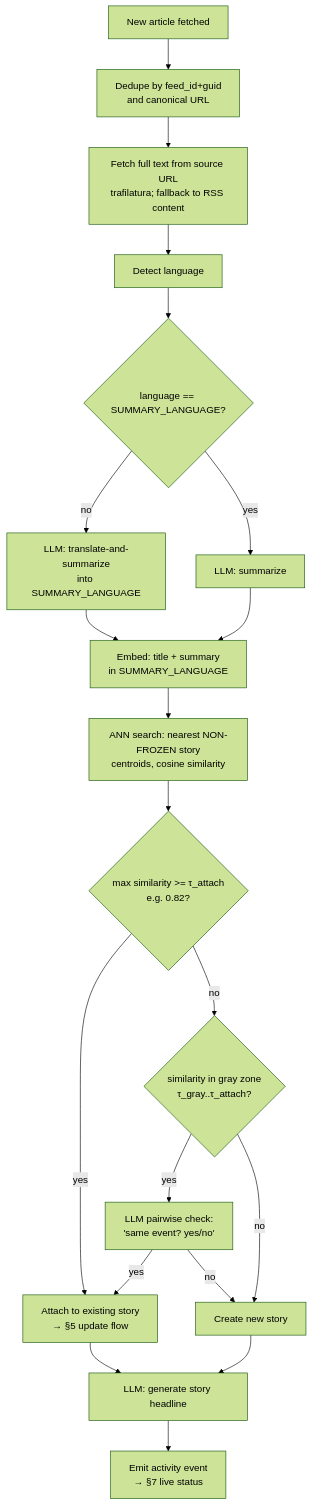
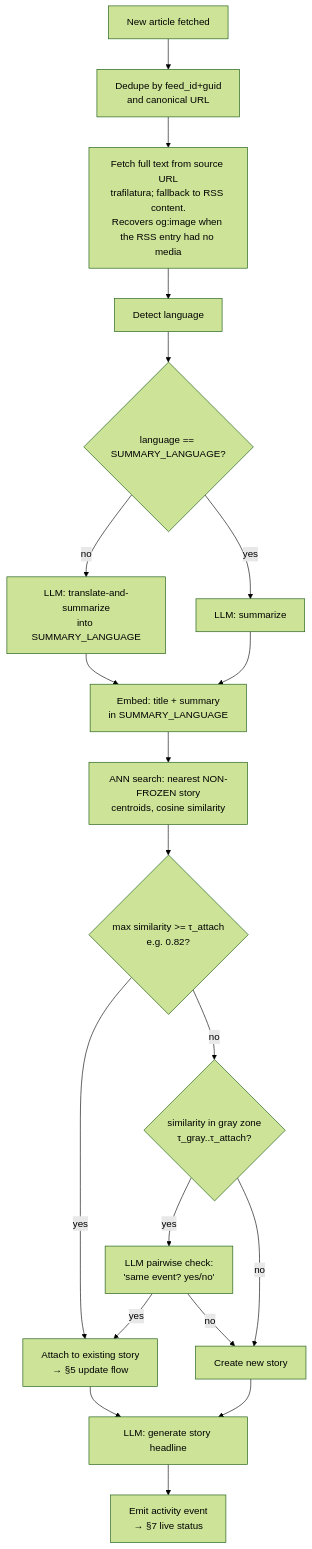
Before and after one commit to Tekka90/NewsGator: the second of 2 diagrams in SPEC.md, drawn with Mermaid (forest theme). The commit also changed other lines of this file and 3 other files, not shown here.

Commit message:
feat: enhance image recovery by extracting og:image when RSS entry lacks media, with corresponding tests

````diff
--- a/SPEC.md
+++ b/SPEC.md
@@ -168,22 +170,22 @@
 ```mermaid
 flowchart TD
     A[New article fetched] --> B[Dedupe by feed_id+guid<br/>and canonical URL]
-    B --> B1[Fetch full text from source URL<br/>trafilatura; fallback to RSS content]
+    B --> B1[Fetch full text from source URL<br/>trafilatura; fallback to RSS content.<br/>Recovers og:image when the RSS entry had no media]
     B1 --> C[Detect language]
     C --> D{language == SUMMARY_LANGUAGE?}
     D -- no --> E[LLM: translate-and-summarize<br/>into SUMMARY_LANGUAGE]
     D -- yes --> F[LLM: summarize]
     E --> G[Embed: title + summary<br/>in SUMMARY_LANGUAGE]
     F --> G
     G --> H[ANN search: nearest NON-FROZEN story<br/>centroids, cosine similarity]
     H --> I{max similarity >= τ_attach<br/>e.g. 0.82?}
     I -- yes --> J[Attach to existing story<br/>→ §5 update flow]
     I -- no --> K{similarity in gray zone<br/>τ_gray..τ_attach?}
     K -- yes --> L[LLM pairwise check:<br/>'same event? yes/no']
     L -- yes --> J
     L -- no --> M[Create new story]
     K -- no --> M
     M --> N[LLM: generate story headline]
     J --> N
     N --> O[Emit activity event<br/>→ §7 live status]
 ```
````
